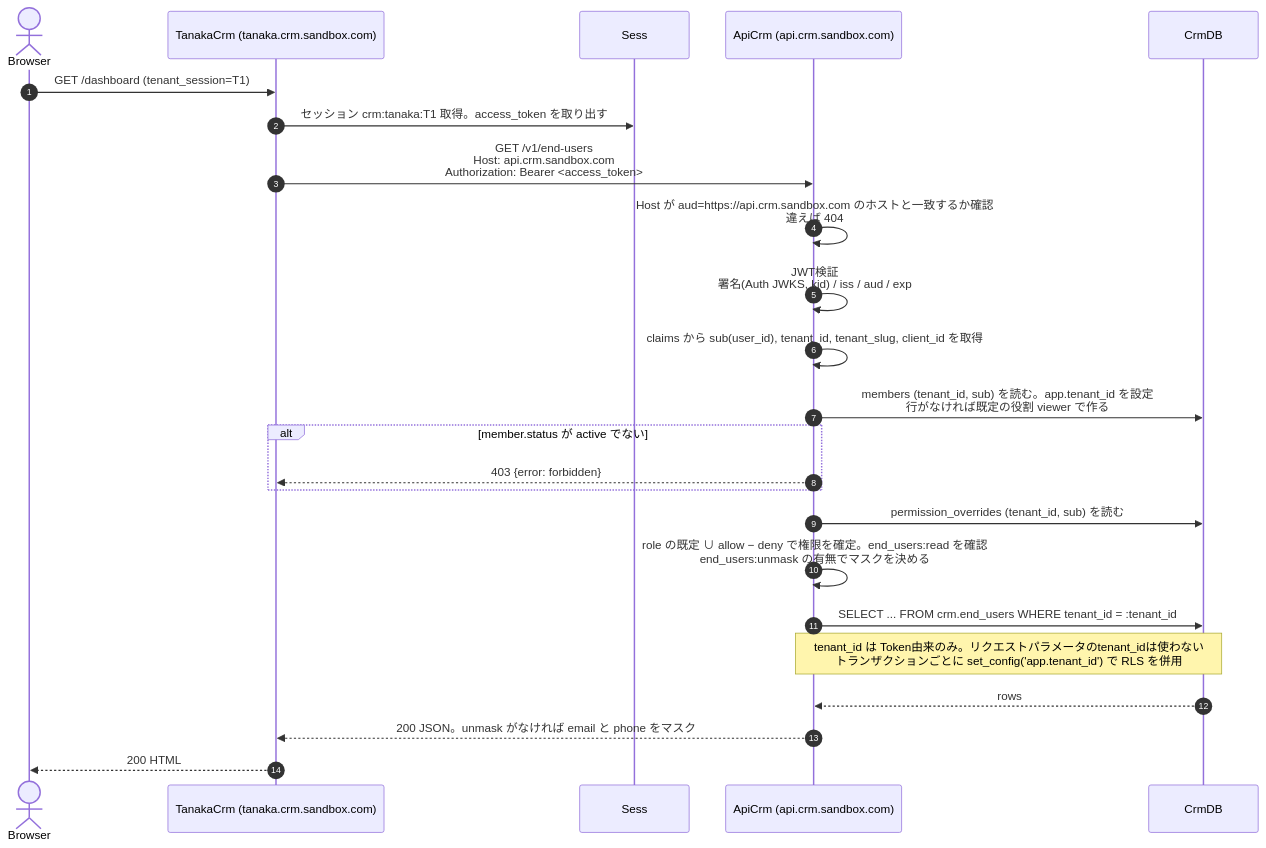
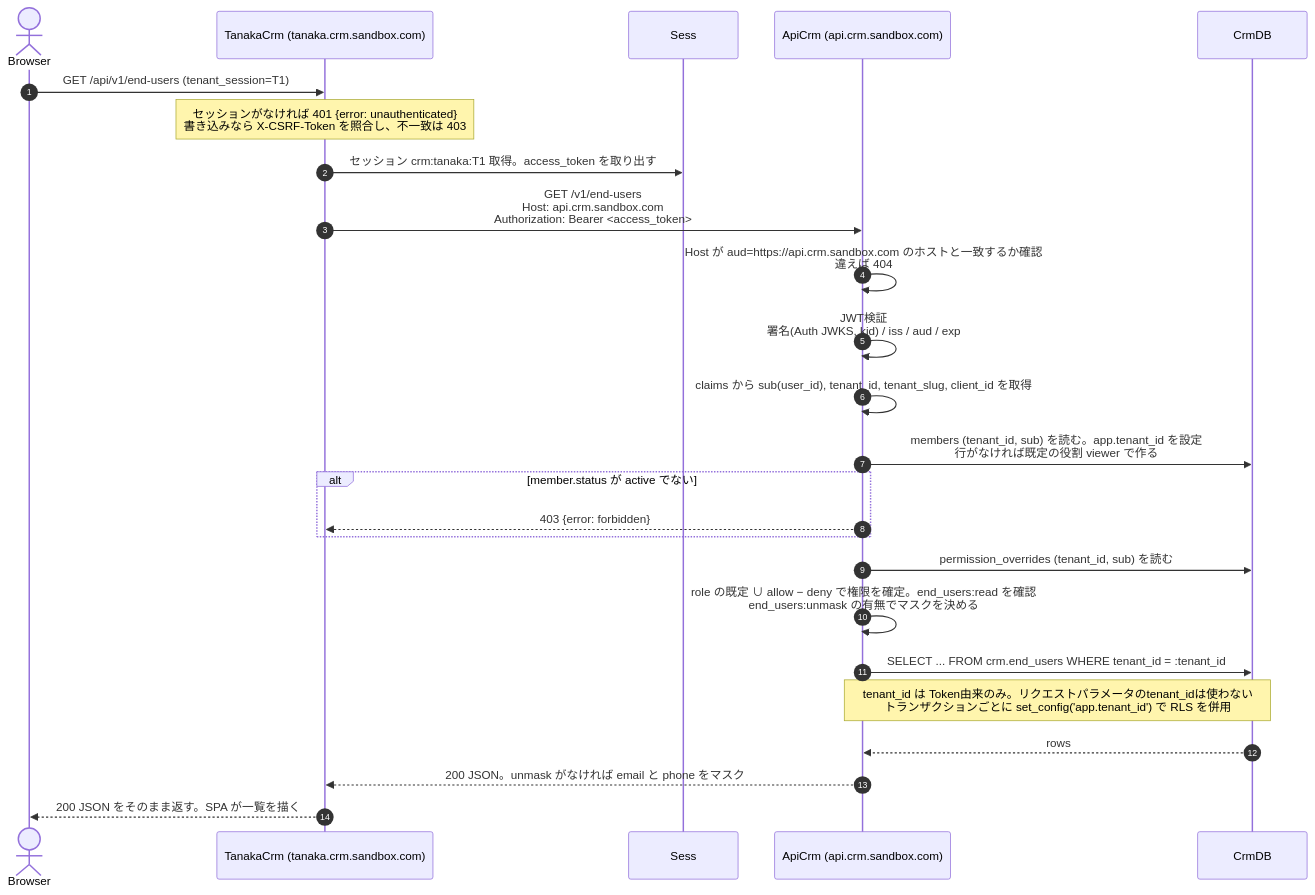
The eighth of 16 diagrams in docs/design/02-auth-sequences.md (daisuke-tanabe/multi-domain-sandbox), drawn with Mermaid before and after one commit. The commit also changed other lines of this file and 82 other files, not shown here.

First line of the commit message:
feat: crm-web と cms-web を React Router v8 の SPA と薄い BFF にする

````diff
--- a/docs/design/02-auth-sequences.md
+++ b/docs/design/02-auth-sequences.md
@@ -327,27 +337,28 @@
 ```mermaid
 sequenceDiagram
     autonumber
     actor Browser
     participant TanakaCrm as TanakaCrm (tanaka.crm.sandbox.com)
     participant Sess
     participant ApiCrm as ApiCrm (api.crm.sandbox.com)
     participant CrmDB
 
-    Browser->>TanakaCrm: GET /dashboard (tenant_session=T1)
+    Browser->>TanakaCrm: GET /api/v1/end-users (tenant_session=T1)
+    Note over TanakaCrm: セッションがなければ 401 {error: unauthenticated}<br/>書き込みなら X-CSRF-Token を照合し、不一致は 403
     TanakaCrm->>Sess: セッション crm:tanaka:T1 取得。access_token を取り出す
     TanakaCrm->>ApiCrm: GET /v1/end-users<br/>Host: api.crm.sandbox.com<br/>Authorization: Bearer <access_token>
     ApiCrm->>ApiCrm: Host が aud=https://api.crm.sandbox.com のホストと一致するか確認<br/>違えば 404
     ApiCrm->>ApiCrm: JWT検証<br/>署名(Auth JWKS, kid) / iss / aud / exp
     ApiCrm->>ApiCrm: claims から sub(user_id), tenant_id, tenant_slug, client_id を取得
     ApiCrm->>CrmDB: members (tenant_id, sub) を読む。app.tenant_id を設定<br/>行がなければ既定の役割 viewer で作る
     alt member.status が active でない
         ApiCrm-->>TanakaCrm: 403 {error: forbidden}
     end
     ApiCrm->>CrmDB: permission_overrides (tenant_id, sub) を読む
     ApiCrm->>ApiCrm: role の既定 ∪ allow − deny で権限を確定。end_users:read を確認<br/>end_users:unmask の有無でマスクを決める
     ApiCrm->>CrmDB: SELECT ... FROM crm.end_users WHERE tenant_id = :tenant_id
     Note over ApiCrm,CrmDB: tenant_id は Token由来のみ。リクエストパラメータのtenant_idは使わない<br/>トランザクションごとに set_config('app.tenant_id') で RLS を併用
     CrmDB-->>ApiCrm: rows
     ApiCrm-->>TanakaCrm: 200 JSON。unmask がなければ email と phone をマスク
-    TanakaCrm-->>Browser: 200 HTML
+    TanakaCrm-->>Browser: 200 JSON をそのまま返す。SPA が一覧を描く
 ```
````
